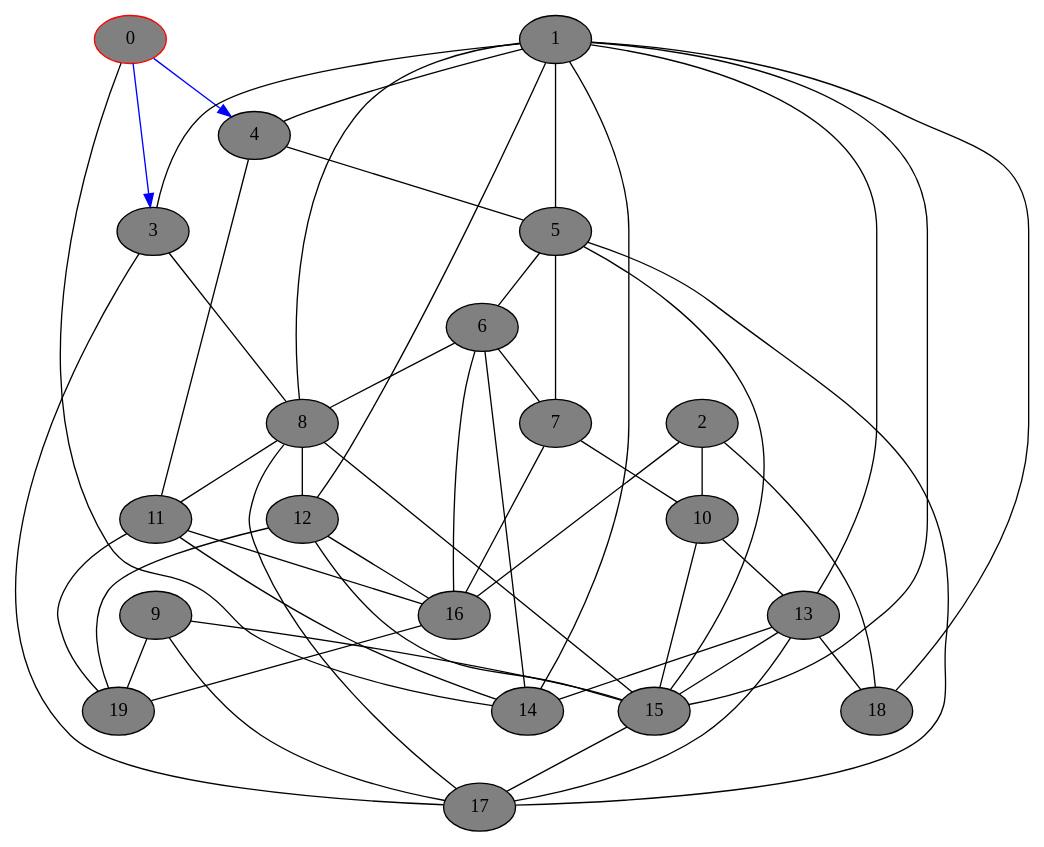
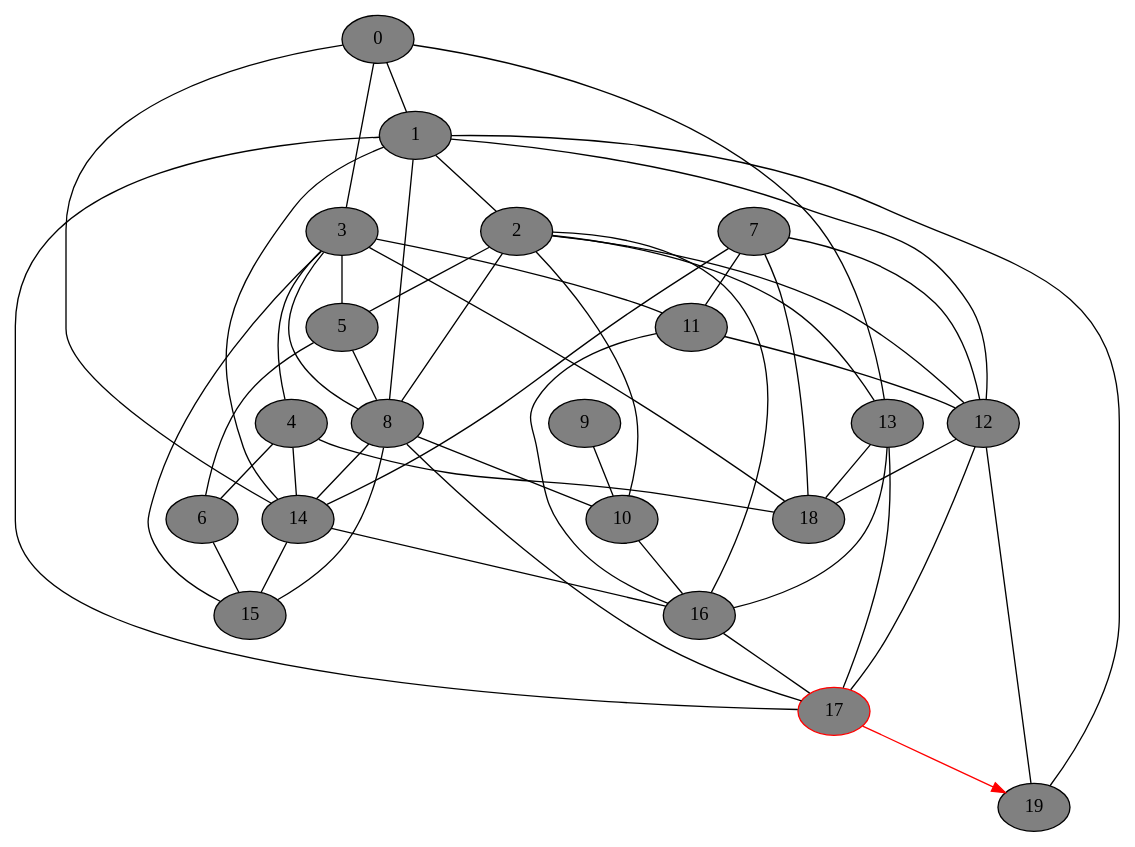
The diagram in gv_graphs/nxt0078.dot (DSMishler/EBA_models), drawn with Graphviz before and after one commit. The commit also changed 387 other files, not shown here.

```diff
--- a/gv_graphs/nxt0078.dot
+++ b/gv_graphs/nxt0078.dot
@@ -1,74 +1,74 @@
 // network test graph
 digraph
 {
-	0 [fillcolor=gray,style=filled,color=red,]
+	0 [fillcolor=gray,style=filled,]
 	1 [fillcolor=gray,style=filled,]
 	2 [fillcolor=gray,style=filled,]
 	3 [fillcolor=gray,style=filled,]
 	4 [fillcolor=gray,style=filled,]
 	5 [fillcolor=gray,style=filled,]
 	6 [fillcolor=gray,style=filled,]
 	7 [fillcolor=gray,style=filled,]
 	8 [fillcolor=gray,style=filled,]
 	9 [fillcolor=gray,style=filled,]
 	10 [fillcolor=gray,style=filled,]
 	11 [fillcolor=gray,style=filled,]
 	12 [fillcolor=gray,style=filled,]
 	13 [fillcolor=gray,style=filled,]
 	14 [fillcolor=gray,style=filled,]
 	15 [fillcolor=gray,style=filled,]
 	16 [fillcolor=gray,style=filled,]
-	17 [fillcolor=gray,style=filled,]
+	17 [fillcolor=gray,style=filled,color=red,]
 	18 [fillcolor=gray,style=filled,]
 	19 [fillcolor=gray,style=filled,]
-	0 -> 3 [dir=forward,color=blue,]
-	0 -> 4 [dir=forward,color=blue,]
+	0 -> 1 [dir=none]
+	0 -> 3 [dir=none]
+	0 -> 13 [dir=none]
 	0 -> 14 [dir=none]
-	1 -> 3 [dir=none]
-	1 -> 4 [dir=none]
-	1 -> 5 [dir=none]
+	1 -> 2 [dir=none]
 	1 -> 8 [dir=none]
 	1 -> 12 [dir=none]
-	1 -> 13 [dir=none]
 	1 -> 14 [dir=none]
-	1 -> 15 [dir=none]
-	1 -> 18 [dir=none]
+	1 -> 17 [dir=none]
+	1 -> 19 [dir=none]
+	2 -> 5 [dir=none]
+	2 -> 8 [dir=none]
 	2 -> 10 [dir=none]
+	2 -> 12 [dir=none]
+	2 -> 13 [dir=none]
 	2 -> 16 [dir=none]
-	2 -> 18 [dir=none]
+	3 -> 4 [dir=none]
+	3 -> 5 [dir=none]
 	3 -> 8 [dir=none]
-	3 -> 17 [dir=none]
-	4 -> 5 [dir=none]
-	4 -> 11 [dir=none]
+	3 -> 11 [dir=none]
+	3 -> 15 [dir=none]
+	3 -> 18 [dir=none]
+	4 -> 6 [dir=none]
+	4 -> 14 [dir=none]
+	4 -> 18 [dir=none]
 	5 -> 6 [dir=none]
-	5 -> 7 [dir=none]
-	5 -> 15 [dir=none]
-	5 -> 17 [dir=none]
-	6 -> 7 [dir=none]
-	6 -> 8 [dir=none]
-	6 -> 14 [dir=none]
-	6 -> 16 [dir=none]
-	7 -> 10 [dir=none]
-	7 -> 16 [dir=none]
-	8 -> 11 [dir=none]
-	8 -> 12 [dir=none]
+	5 -> 8 [dir=none]
+	6 -> 15 [dir=none]
+	7 -> 11 [dir=none]
+	7 -> 12 [dir=none]
+	7 -> 14 [dir=none]
+	7 -> 18 [dir=none]
+	8 -> 10 [dir=none]
+	8 -> 14 [dir=none]
 	8 -> 15 [dir=none]
 	8 -> 17 [dir=none]
-	9 -> 15 [dir=none]
-	9 -> 17 [dir=none]
-	9 -> 19 [dir=none]
-	10 -> 13 [dir=none]
-	10 -> 15 [dir=none]
-	11 -> 14 [dir=none]
+	9 -> 10 [dir=none]
+	10 -> 16 [dir=none]
+	11 -> 12 [dir=none]
 	11 -> 16 [dir=none]
-	11 -> 19 [dir=none]
-	12 -> 15 [dir=none]
-	12 -> 16 [dir=none]
+	12 -> 17 [dir=none]
+	12 -> 18 [dir=none]
 	12 -> 19 [dir=none]
-	13 -> 14 [dir=none]
-	13 -> 15 [dir=none]
+	13 -> 16 [dir=none]
 	13 -> 17 [dir=none]
 	13 -> 18 [dir=none]
-	15 -> 17 [dir=none]
-	16 -> 19 [dir=none]
+	14 -> 15 [dir=none]
+	14 -> 16 [dir=none]
+	16 -> 17 [dir=none]
+	17 -> 19 [dir=forward,color=red,]
 }
```
